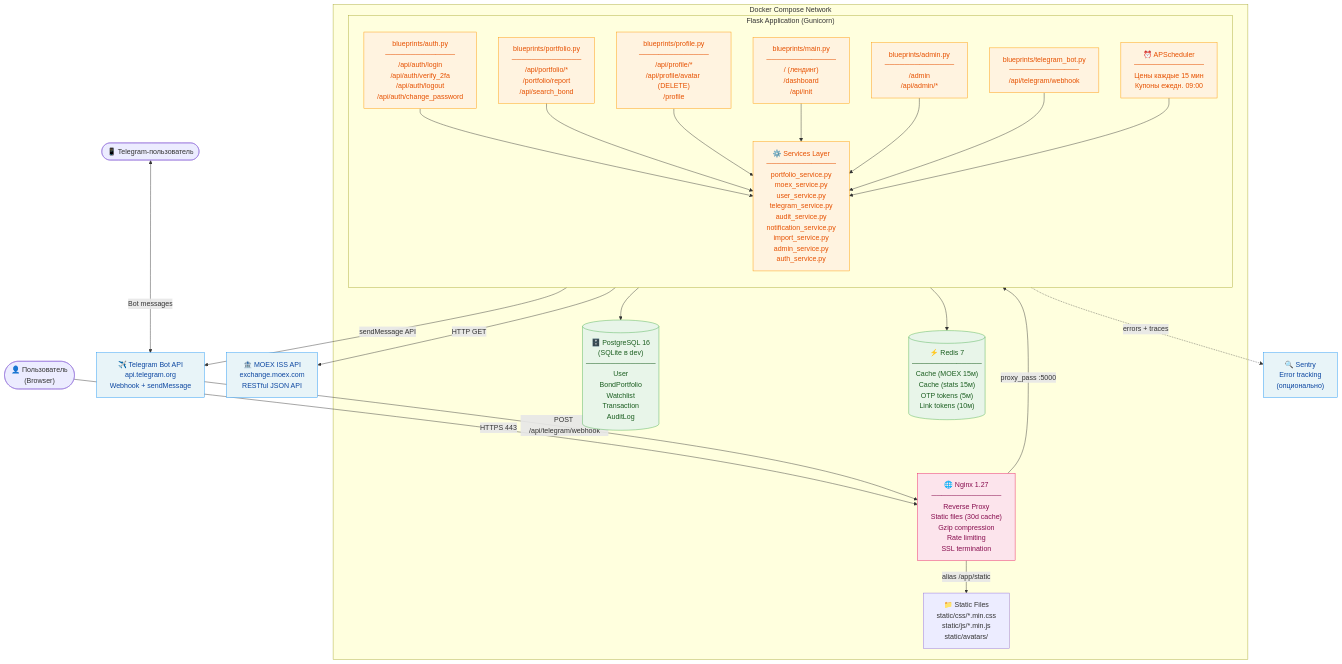
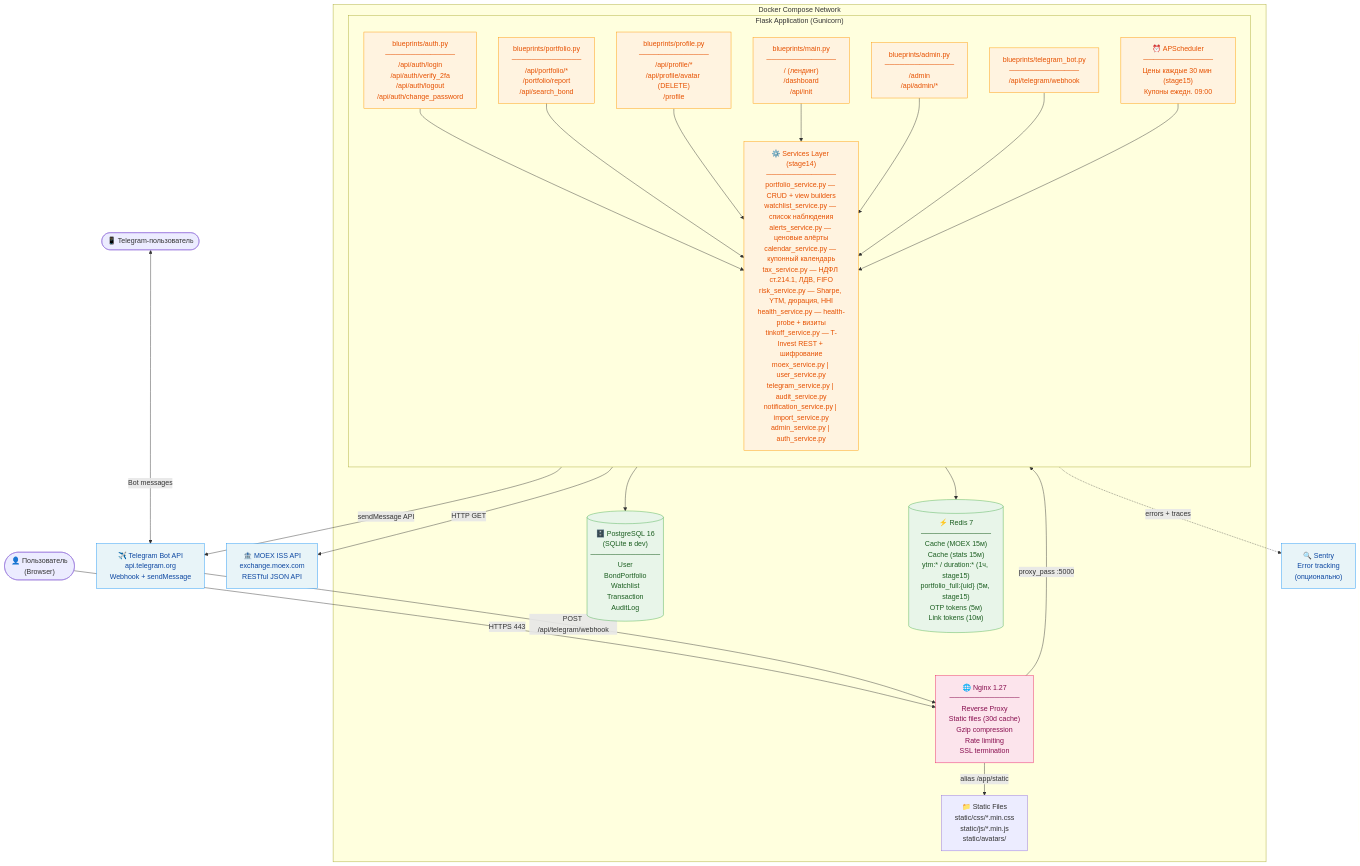
The first of 7 diagrams in docs/architecture.md (Kos5o4ka/my-fintech-app), drawn with Mermaid before and after one commit. The commit also changed other lines of this file and 78 other files, not shown here.

````diff
--- a/docs/architecture.md
+++ b/docs/architecture.md
@@ -9,68 +9,68 @@
 ```mermaid
 graph TB
     %% External actors
     User(["👤 Пользователь\n(Browser)"])
     TelegramUser(["📱 Telegram-пользователь"])
 
     %% External systems
     MOEX["🏦 MOEX ISS API\nexchange.moex.com\nRESTful JSON API"]
     TelegramAPI["✈️ Telegram Bot API\napi.telegram.org\nWebhook + sendMessage"]
     Sentry["🔍 Sentry\nError tracking\n(опционально)"]
 
     subgraph Docker["Docker Compose Network"]
 
         Nginx["🌐 Nginx 1.27\n──────────────\nReverse Proxy\nStatic files (30d cache)\nGzip compression\nRate limiting\nSSL termination"]
 
         subgraph App["Flask Application (Gunicorn)"]
             direction TB
             Auth["blueprints/auth.py\n──────────────\n/api/auth/login\n/api/auth/verify_2fa\n/api/auth/logout\n/api/auth/change_password"]
             Portfolio["blueprints/portfolio.py\n──────────────\n/api/portfolio/*\n/portfolio/report\n/api/search_bond"]
             Profile["blueprints/profile.py\n──────────────\n/api/profile/*\n/api/profile/avatar (DELETE)\n/profile"]
             Main["blueprints/main.py\n──────────────\n/ (лендинг)\n/dashboard\n/api/init"]
             Admin["blueprints/admin.py\n──────────────\n/admin\n/api/admin/*"]
             TGBot["blueprints/telegram_bot.py\n──────────────\n/api/telegram/webhook"]
 
-            Services["⚙️ Services Layer\n──────────────\nportfolio_service.py\nmoex_service.py\nuser_service.py\ntelegram_service.py\naudit_service.py\nnotification_service.py\nimport_service.py\nadmin_service.py\nauth_service.py"]
+            Services["⚙️ Services Layer (stage14)\n──────────────\nportfolio_service.py — CRUD + view builders\nwatchlist_service.py — список наблюдения\nalerts_service.py — ценовые алёрты\ncalendar_service.py — купонный календарь\ntax_service.py — НДФЛ ст.214.1, ЛДВ, FIFO\nrisk_service.py — Sharpe, YTM, дюрация, HHI\nhealth_service.py — health-probe + визиты\ntinkoff_service.py — T-Invest REST + шифрование\nmoex_service.py | user_service.py\ntelegram_service.py | audit_service.py\nnotification_service.py | import_service.py\nadmin_service.py | auth_service.py"]
 
-            Scheduler["⏰ APScheduler\n──────────────\nЦены каждые 15 мин\nКупоны ежедн. 09:00"]
+            Scheduler["⏰ APScheduler\n──────────────\nЦены каждые 30 мин (stage15)\nКупоны ежедн. 09:00"]
         end
 
         DB[("🗄️ PostgreSQL 16\n(SQLite в dev)\n──────────────\nUser\nBondPortfolio\nWatchlist\nTransaction\nAuditLog")]
 
-        Redis[("⚡ Redis 7\n──────────────\nCache (MOEX 15м)\nCache (stats 15м)\nOTP tokens (5м)\nLink tokens (10м)")]
+        Redis[("⚡ Redis 7\n──────────────\nCache (MOEX 15м)\nCache (stats 15м)\nytm:* / duration:* (1ч, stage15)\nportfolio_full:{uid} (5м, stage15)\nOTP tokens (5м)\nLink tokens (10м)")]
 
         Static["📁 Static Files\nstatic/css/*.min.css\nstatic/js/*.min.js\nstatic/avatars/"]
     end
 
     %% User flows
     User -->|"HTTPS 443"| Nginx
     Nginx -->|"proxy_pass :5000"| App
     Nginx -->|"alias /app/static"| Static
 
     %% Telegram
     TelegramAPI -->|"POST /api/telegram/webhook"| Nginx
     TGBot -->|"sendMessage API"| TelegramAPI
     TelegramUser <-->|"Bot messages"| TelegramAPI
 
     %% Internal
     Auth & Portfolio & Profile & Main & Admin & TGBot --> Services
     Services --> DB
     Services --> Redis
     Scheduler --> Services
 
     %% External APIs
     Services -->|"HTTP GET"| MOEX
     App -.->|"errors + traces"| Sentry
 
     %% Styling
     classDef external fill:#e8f4f8,stroke:#2196F3,color:#0d47a1
     classDef container fill:#fff3e0,stroke:#FF9800,color:#e65100
     classDef db fill:#e8f5e9,stroke:#4CAF50,color:#1b5e20
     classDef service fill:#f3e5f5,stroke:#9C27B0,color:#4a148c
     classDef proxy fill:#fce4ec,stroke:#E91E63,color:#880e4f
 
     class MOEX,TelegramAPI,Sentry external
     class Auth,Portfolio,Profile,Main,Admin,TGBot,Services,Scheduler container
     class DB,Redis db
     class Nginx proxy
 ```
````
